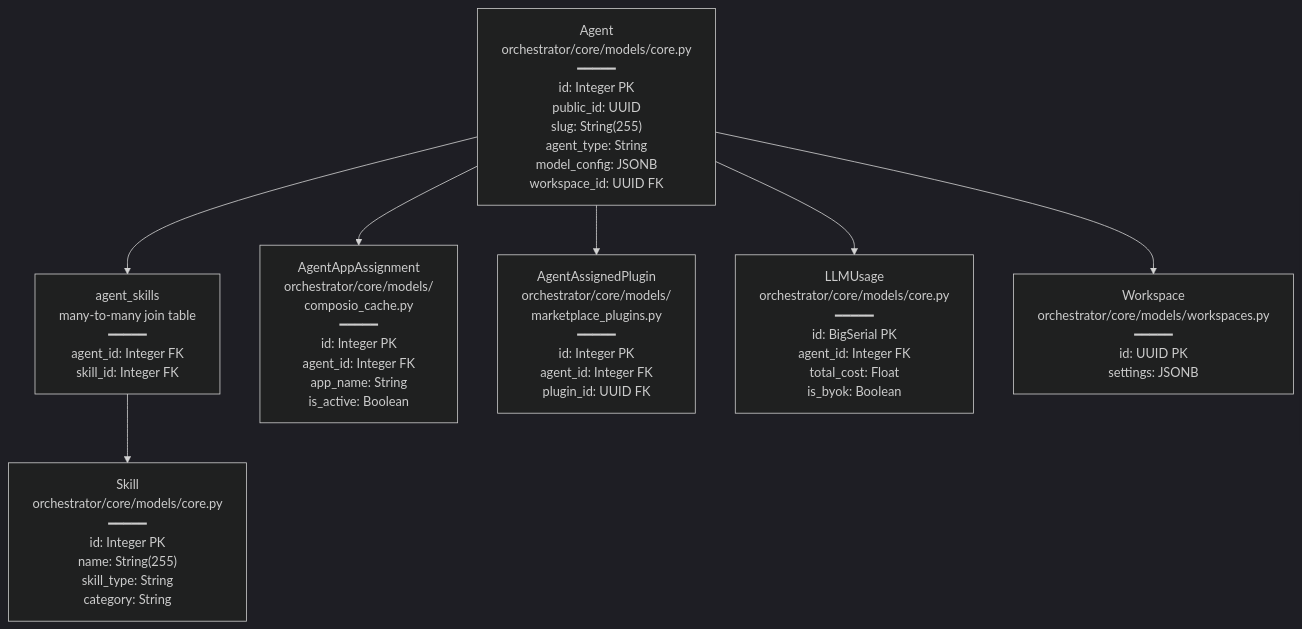
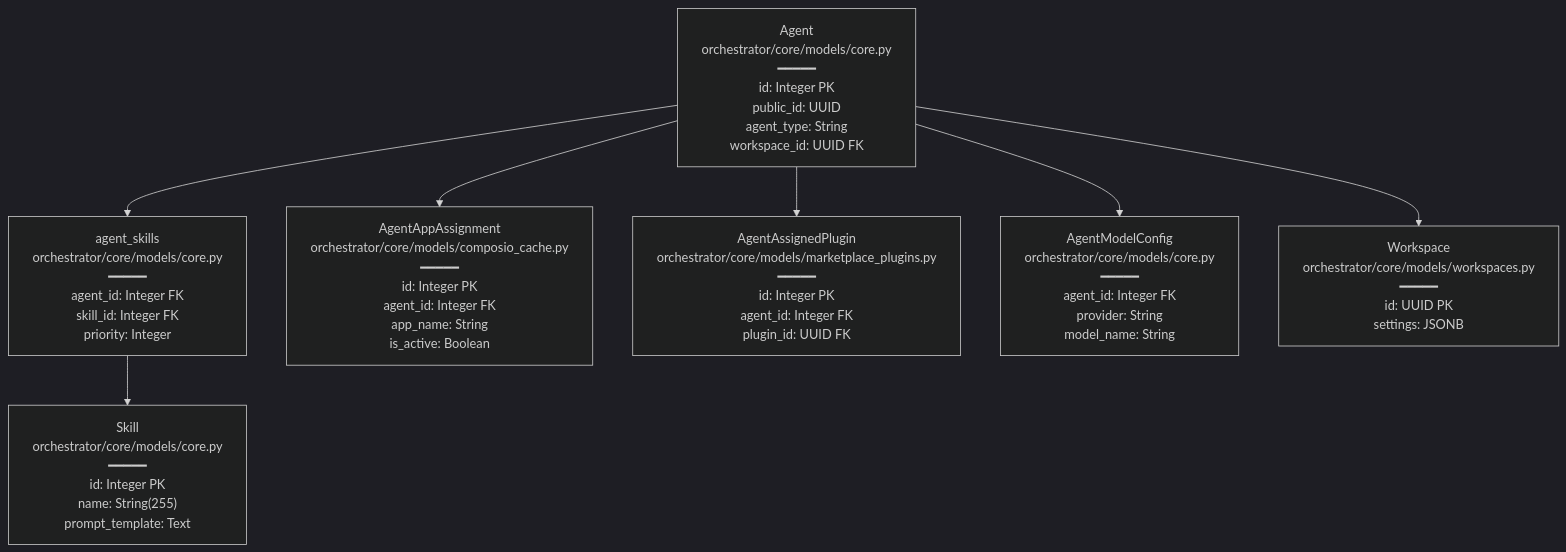
The first of 3 diagrams in docs/agents/_index.md (AutomatosAI/automatos-ai), drawn with Mermaid (dark theme) before and after one commit. The commit also changed other lines of this file and 191 other files, not shown here.

````diff
--- a/docs/agents/_index.md
+++ b/docs/agents/_index.md
@@ -62,23 +48,23 @@
 ```mermaid
 graph TB
-    Agent["Agent<br/>orchestrator/core/models/core.py<br/>━━━━━<br/>id: Integer PK<br/>public_id: UUID<br/>slug: String(255)<br/>agent_type: String<br/>model_config: JSONB<br/>workspace_id: UUID FK"]
+    Agent["Agent<br/>orchestrator/core/models/core.py<br/>━━━━━<br/>id: Integer PK<br/>public_id: UUID<br/>agent_type: String<br/>workspace_id: UUID FK"]
     
-    Skills["agent_skills<br/>many-to-many join table<br/>━━━━━<br/>agent_id: Integer FK<br/>skill_id: Integer FK"]
+    Skills["agent_skills<br/>orchestrator/core/models/core.py<br/>━━━━━<br/>agent_id: Integer FK<br/>skill_id: Integer FK<br/>priority: Integer"]
     
-    SkillTable["Skill<br/>orchestrator/core/models/core.py<br/>━━━━━<br/>id: Integer PK<br/>name: String(255)<br/>skill_type: String<br/>category: String"]
+    SkillTable["Skill<br/>orchestrator/core/models/core.py<br/>━━━━━<br/>id: Integer PK<br/>name: String(255)<br/>prompt_template: Text"]
     
-    Tools["AgentAppAssignment<br/>orchestrator/core/models/<br/>composio_cache.py<br/>━━━━━<br/>id: Integer PK<br/>agent_id: Integer FK<br/>app_name: String<br/>is_active: Boolean"]
+    Tools["AgentAppAssignment<br/>orchestrator/core/models/composio_cache.py<br/>━━━━━<br/>id: Integer PK<br/>agent_id: Integer FK<br/>app_name: String<br/>is_active: Boolean"]
     
-    Plugins["AgentAssignedPlugin<br/>orchestrator/core/models/<br/>marketplace_plugins.py<br/>━━━━━<br/>id: Integer PK<br/>agent_id: Integer FK<br/>plugin_id: UUID FK"]
+    Plugins["AgentAssignedPlugin<br/>orchestrator/core/models/marketplace_plugins.py<br/>━━━━━<br/>id: Integer PK<br/>agent_id: Integer FK<br/>plugin_id: UUID FK"]
     
-    Usage["LLMUsage<br/>orchestrator/core/models/core.py<br/>━━━━━<br/>id: BigSerial PK<br/>agent_id: Integer FK<br/>total_cost: Float<br/>is_byok: Boolean"]
+    LLMConfig["AgentModelConfig<br/>orchestrator/core/models/core.py<br/>━━━━━<br/>agent_id: Integer FK<br/>provider: String<br/>model_name: String"]
     
     Workspace["Workspace<br/>orchestrator/core/models/workspaces.py<br/>━━━━━<br/>id: UUID PK<br/>settings: JSONB"]
     
     Agent --> Skills
     Skills --> SkillTable
     Agent --> Tools
     Agent --> Plugins
-    Agent --> Usage
+    Agent --> LLMConfig
     Agent --> Workspace
 ```
````
